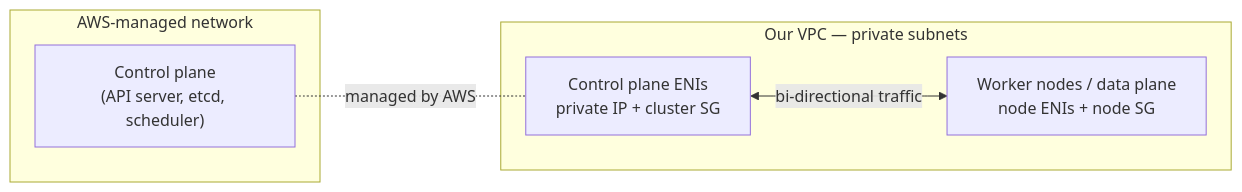
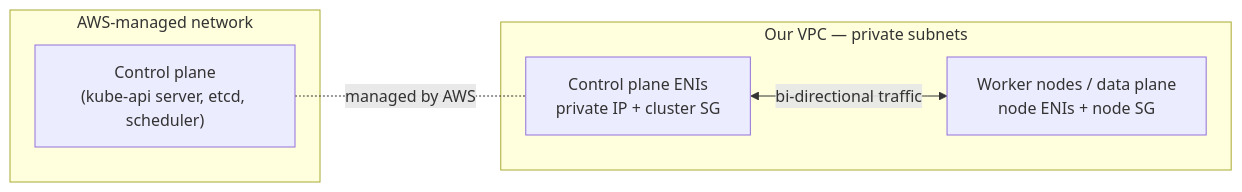
Before and after one commit to priyanshi-sarad2/fleet-management-system: the diagram in README.md, drawn with Mermaid. The commit also changed other lines of this file, not shown here.

````diff
--- a/README.md
+++ b/README.md
@@ -614,14 +614,14 @@
 ```mermaid
 flowchart LR
     subgraph AWSNET["AWS-managed network"]
-        CP["Control plane<br/>(API server, etcd, scheduler)"]
+        CP["Control plane<br/>(kube-api server, etcd, scheduler)"]
     end
 
     subgraph OURVPC["Our VPC — private subnets"]
         CPENI["Control plane ENIs<br/>private IP + cluster SG"]
         NODES["Worker nodes / data plane<br/>node ENIs + node SG"]
     end
 
     CP -. "managed by AWS" .- CPENI
     CPENI <-->|"bi-directional traffic"| NODES
 ```
````
